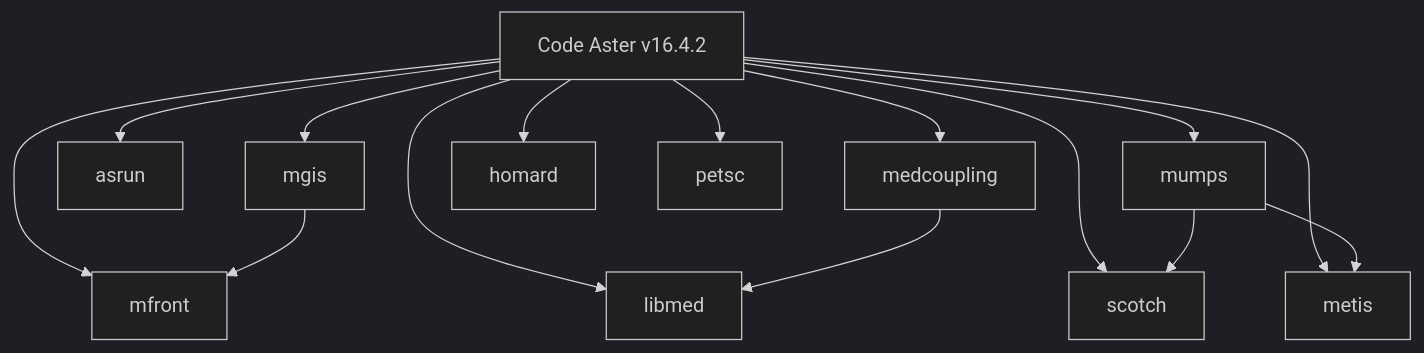
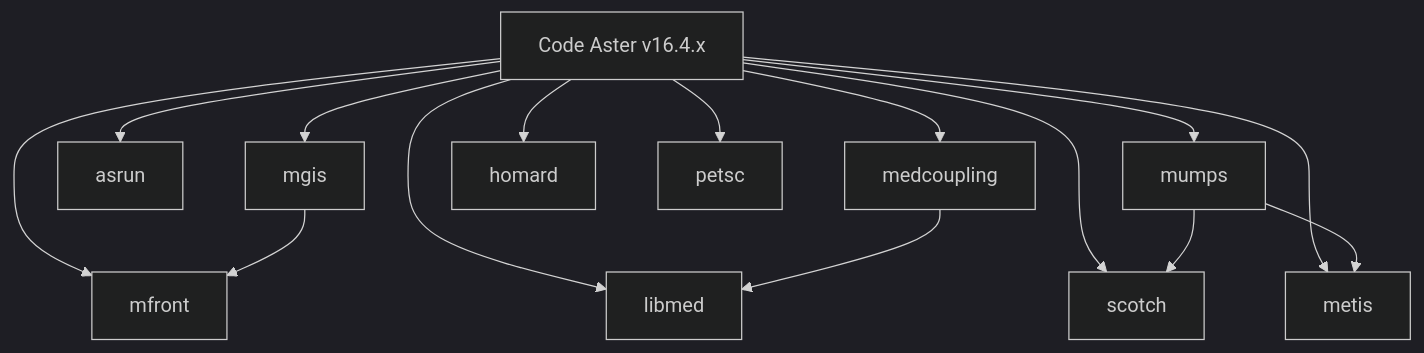
The first of 2 diagrams in src/code_aster/README.md (Krande/condapackaging), drawn with Mermaid (dark theme) before and after one commit. The commit also changed other lines of this file, not shown here.

````diff
--- a/src/code_aster/README.md
+++ b/src/code_aster/README.md
@@ -63,31 +65,31 @@
 ```mermaid
   flowchart TD;
-    A[Code Aster v16.4.2]
+    A[Code Aster v16.4.x]
     B[mfront]
     C[libmed]
     D[scotch]
     E[medcoupling]
     F[asrun]
     G[metis]
     H[mumps]
     I[mgis]
     J[homard]
     K[petsc]
     
     A --> B
     A --> C
     A --> D
     A --> E
     A --> F
     A --> G
     A --> H
     A --> I
     A --> J
     A --> K
     
     I --> B
     H --> G
     H --> D
     E --> C
     
 ```
````
